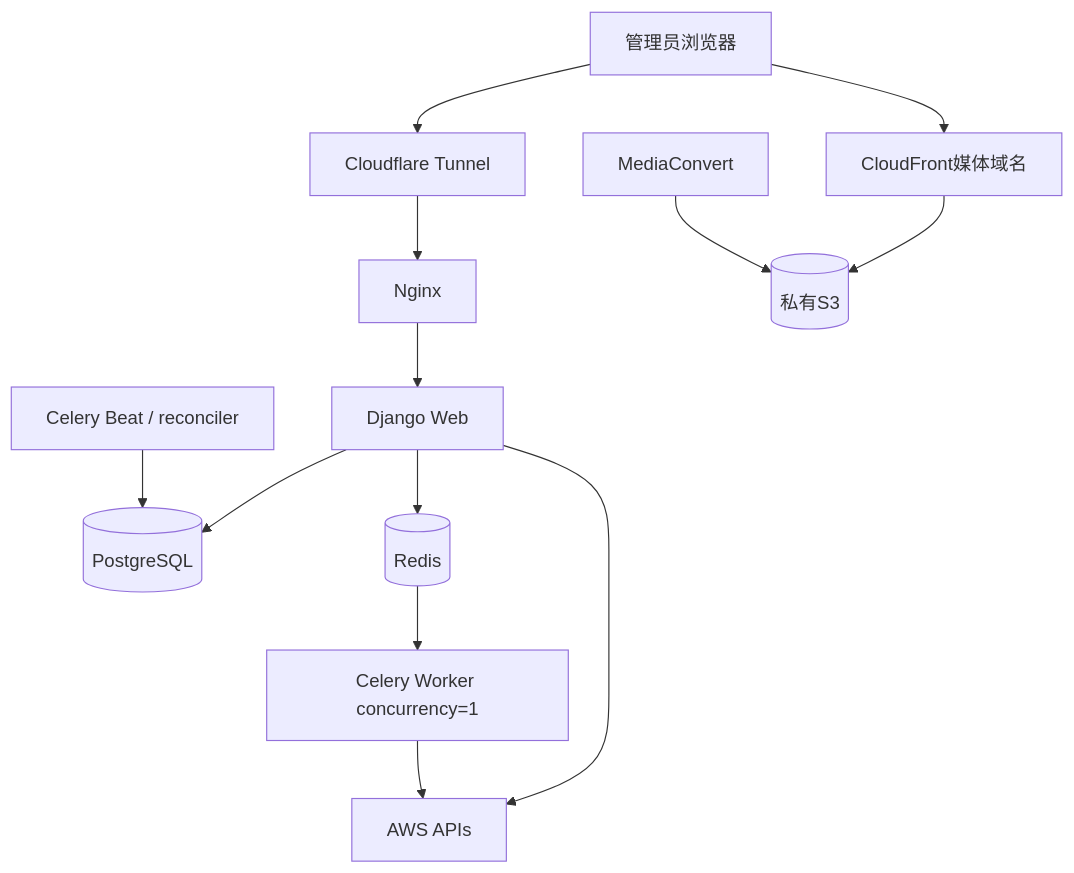
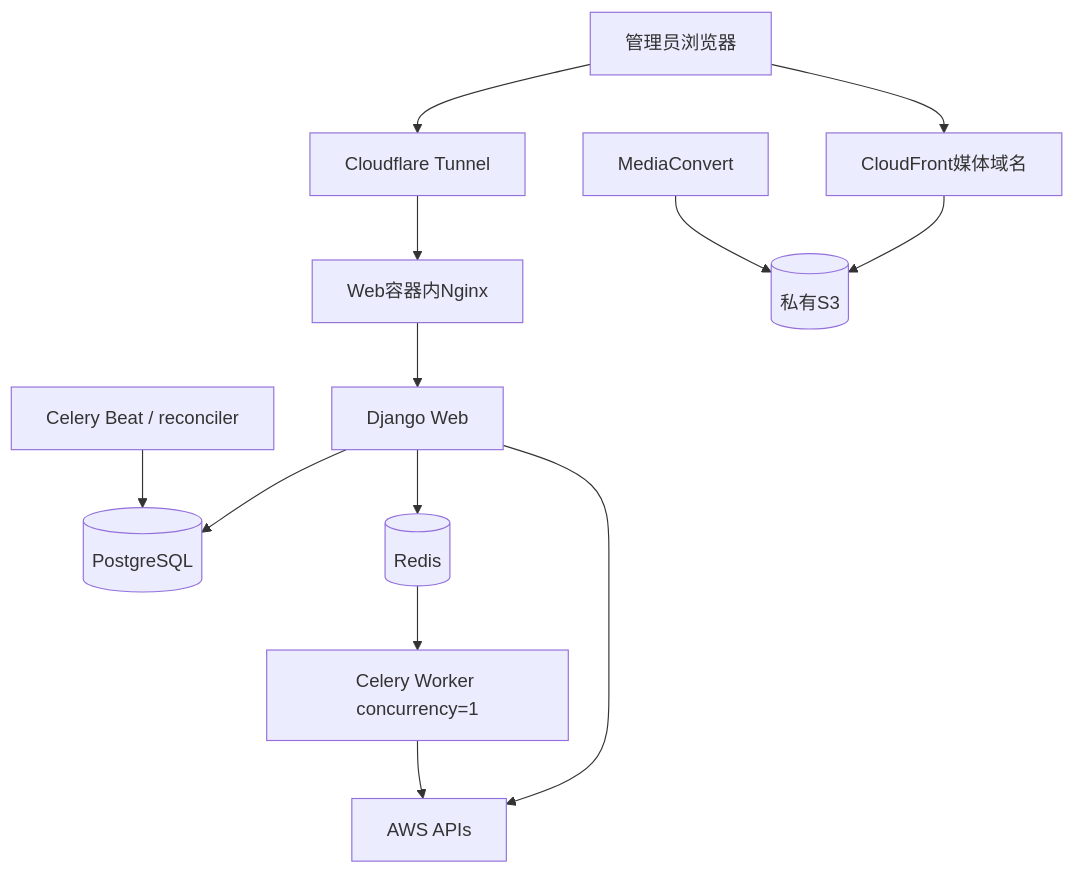
One commit to caoyjie/mediacms changed the diagram in docs/superpowers/specs/aws-backend-integration/07-deployment-and-acceptance.md. Above: the diagram before and after it, drawn with Mermaid. The commit also changed other lines of this file and 1 other file, not shown here.

Commit message:
docs: harden production test gates

````diff
--- a/docs/superpowers/specs/aws-backend-integration/07-deployment-and-acceptance.md
+++ b/docs/superpowers/specs/aws-backend-integration/07-deployment-and-acceptance.md
@@ -9,15 +9,15 @@
 ```mermaid
 flowchart TB
     Internet[管理员浏览器] --> CFunnel[Cloudflare Tunnel]
-    CFunnel --> Nginx[Nginx]
+    CFunnel --> Nginx[Web容器内Nginx]
     Nginx --> Web[Django Web]
     Web --> PG[(PostgreSQL)]
     Web --> Redis[(Redis)]
     Redis --> Worker[Celery Worker concurrency=1]
     Beat[Celery Beat / reconciler] --> PG
     Web --> AWS[AWS APIs]
     Worker --> AWS
     Internet --> CDN[CloudFront媒体域名]
     CDN --> S3[(私有S3)]
     MC[MediaConvert] --> S3
 ```
````
